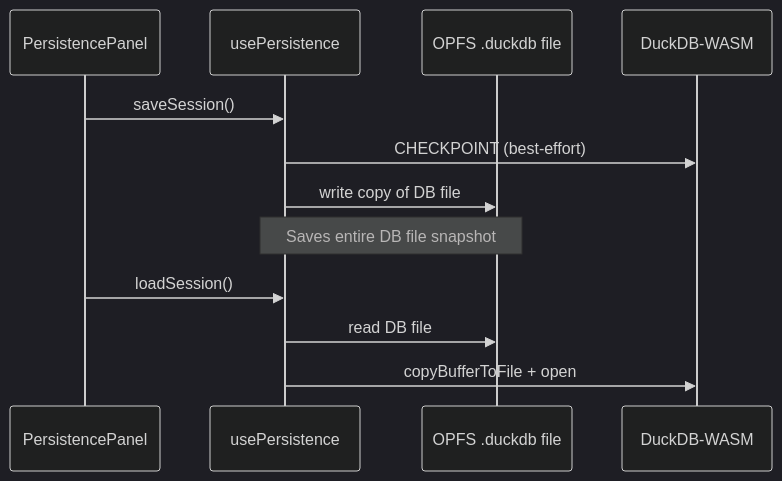
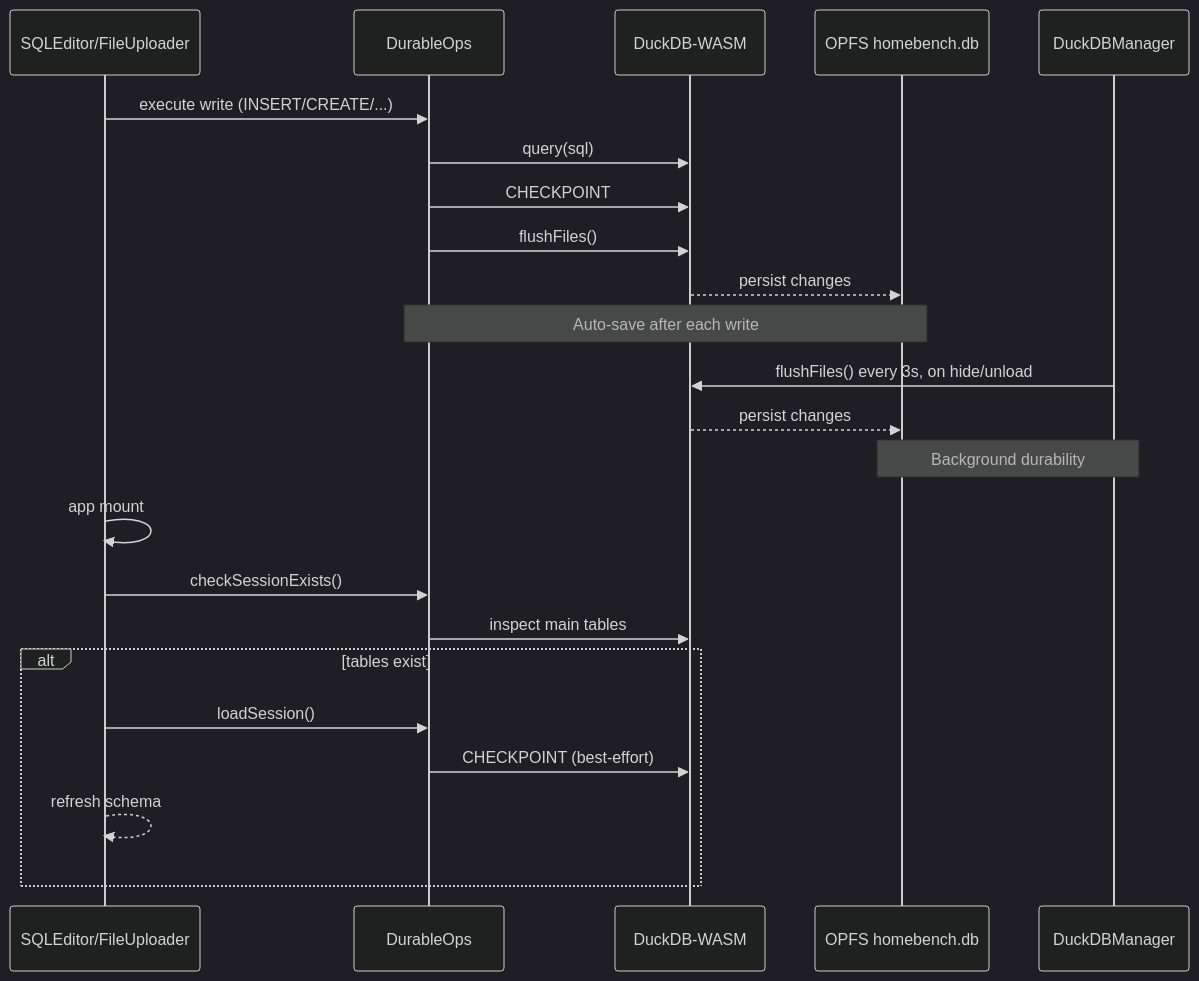
Before and after one commit to james-ralph8555/homebench: the fifth of 5 diagrams in README.md, drawn with Mermaid (dark theme). The commit also changed other lines of this file and 14 other files, not shown here.

````diff
--- a/README.md
+++ b/README.md
@@ -142,15 +140,28 @@
 ```mermaid
 sequenceDiagram
-  participant UI as PersistencePanel
-  participant Hook as usePersistence
-  participant OPFS as OPFS .duckdb file
+  participant UI as SQLEditor/FileUploader
+  participant Ops as DurableOps
   participant DB as DuckDB-WASM
+  participant OPFS as OPFS homebench.db
+  participant Mgr as DuckDBManager
 
-  UI->>Hook: saveSession()
-  Hook->>DB: CHECKPOINT (best-effort)
-  Hook->>OPFS: write copy of DB file
-  Note over Hook,OPFS: Saves entire DB file snapshot
-  UI->>Hook: loadSession()
-  Hook->>OPFS: read DB file
-  Hook->>DB: copyBufferToFile + open
+  UI->>Ops: execute write (INSERT/CREATE/...)
+  Ops->>DB: query(sql)
+  Ops->>DB: CHECKPOINT
+  Ops->>DB: flushFiles()
+  DB-->>OPFS: persist changes
+  Note over Ops,OPFS: Auto-save after each write
+
+  Mgr->>DB: flushFiles() every 3s, on hide/unload
+  DB-->>OPFS: persist changes
+  Note over Mgr,OPFS: Background durability
+
+  UI->>UI: app mount
+  UI->>Ops: checkSessionExists()
+  Ops->>DB: inspect main tables
+  alt tables exist
+    UI->>Ops: loadSession()
+    Ops->>DB: CHECKPOINT (best-effort)
+    UI-->>UI: refresh schema
+  end
 ```
````
